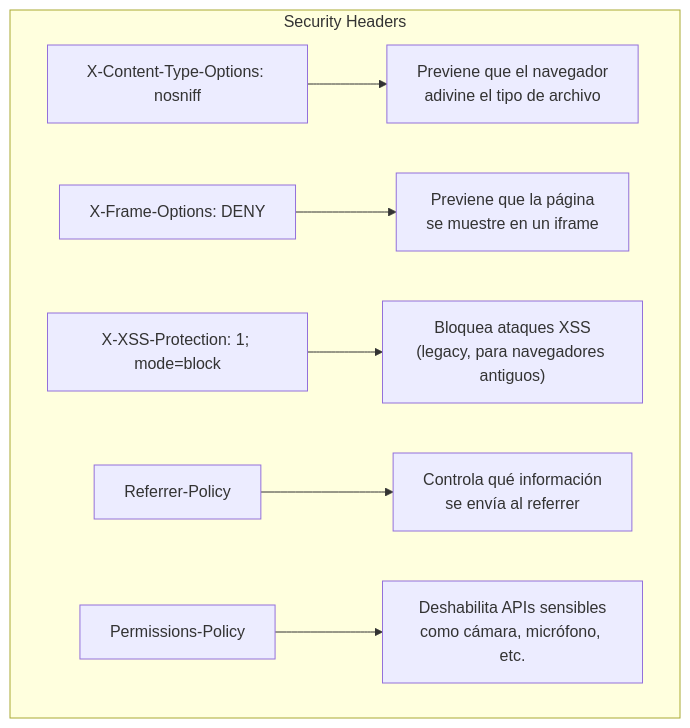
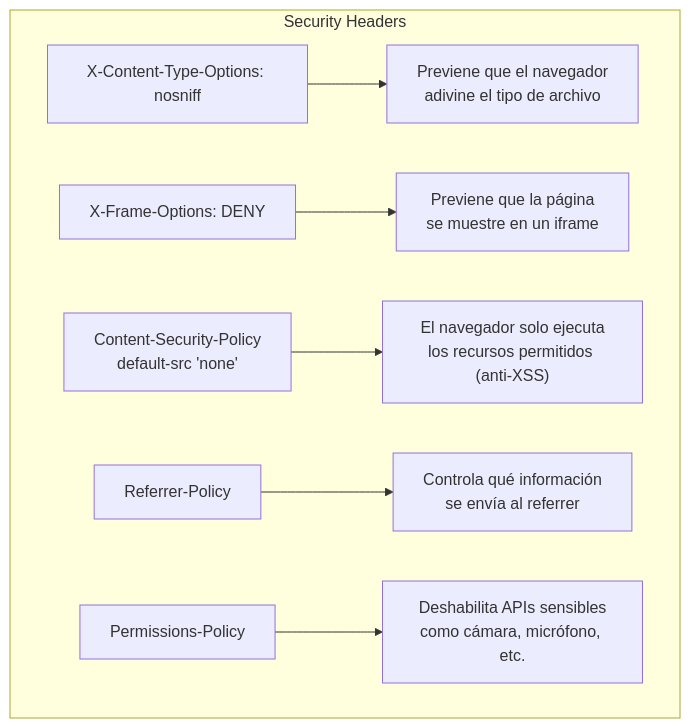
Before and after one commit to joseluisgs/TiendaDawApi-NetCore: diagram 11 of 16 in doc/17-seguridad-http.md, drawn with Mermaid. The commit also changed other lines of this file and 4 other files, not shown here.

First line of the commit message:
fix(seguridad): sustituir X-XSS-Protection obsoleta por Content-Security-Policy

````diff
--- a/doc/17-seguridad-http.md
+++ b/doc/17-seguridad-http.md
@@ -447,10 +461,10 @@
 ```mermaid
 graph TD
     subgraph "Security Headers"
         A["X-Content-Type-Options: nosniff"] --> B["Previene que el navegador<br/>adivine el tipo de archivo"]
         C["X-Frame-Options: DENY"] --> D["Previene que la página<br/>se muestre en un iframe"]
-        E["X-XSS-Protection: 1; mode=block"] --> F["Bloquea ataques XSS<br/>(legacy, para navegadores antiguos)"]
+        E["Content-Security-Policy<br/>default-src 'none'"] --> F["El navegador solo ejecuta<br/>los recursos permitidos (anti-XSS)"]
         G["Referrer-Policy"] --> H["Controla qué información<br/>se envía al referrer"]
         I["Permissions-Policy"] --> J["Deshabilita APIs sensibles<br/>como cámara, micrófono, etc."]
     end
 ```
````
